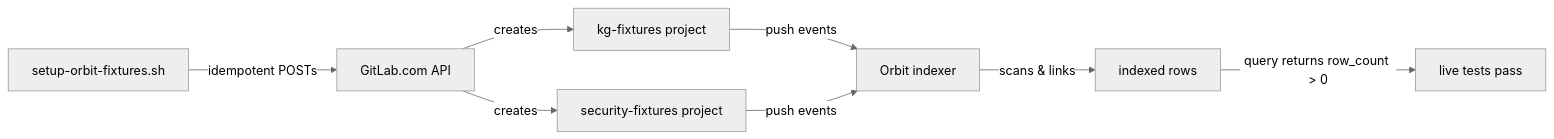
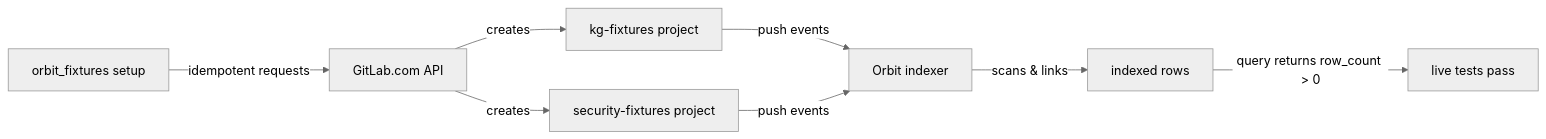
Before and after one commit to jmrplens/gitlab-mcp-server: the first of 2 diagrams in docs/development/orbit-fixtures.md, drawn with Mermaid (neutral theme). The commit also changed other lines of this file and 62 other files, not shown here.

First line of the commit message:
feat(orbit_fixtures): port the Orbit fixture setup and the indexer wait to Go (#1879)

````diff
--- a/docs/development/orbit-fixtures.md
+++ b/docs/development/orbit-fixtures.md
@@ -189,10 +194,10 @@
 ```mermaid
 flowchart LR
-    A[setup-orbit-fixtures.sh] -->|idempotent POSTs| B[GitLab.com API]
+    A[orbit_fixtures setup] -->|idempotent requests| B[GitLab.com API]
     B -->|creates| C[kg-fixtures project]
     B -->|creates| D[security-fixtures project]
     C -->|push events| E[Orbit indexer]
     D -->|push events| E
     E -->|scans & links| F[indexed rows]
     F -->|query returns row_count > 0| G[live tests pass]
 ```
````
